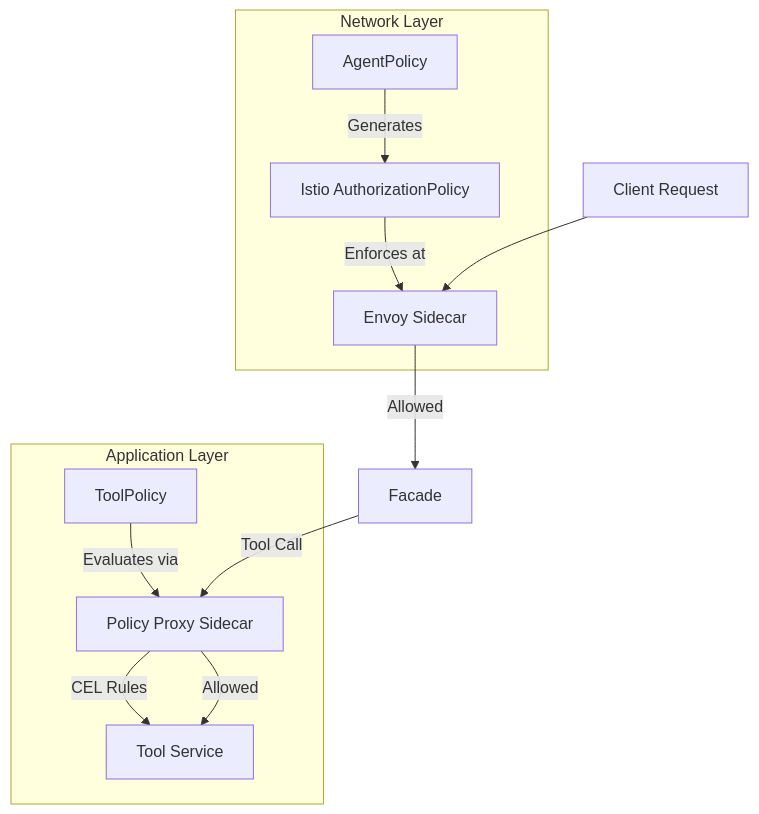
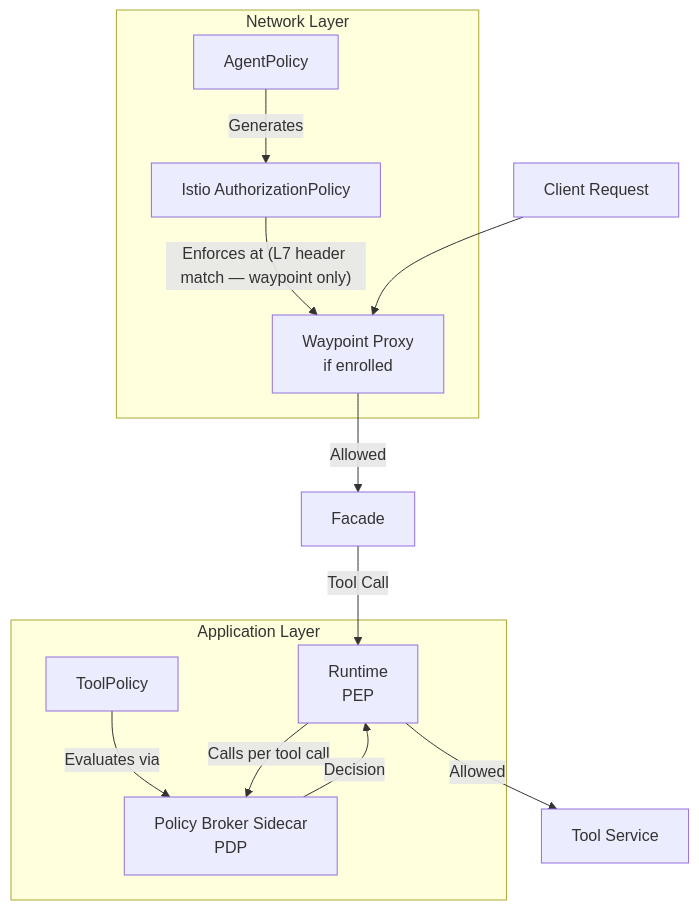
One commit to AltairaLabs/Omnia changed the first of 3 diagrams in docs/src/content/docs/explanation/security/policy-engine.md. Above: the diagram before and after it, drawn with Mermaid. The commit also changed other lines of this file and 10 other files, not shown here.

First line of the commit message:
docs: accuracy pass on policy/tool-auth docs (verify claims vs merged code) (#1751)

````diff
--- a/docs/src/content/docs/explanation/security/policy-engine.md
+++ b/docs/src/content/docs/explanation/security/policy-engine.md
@@ -26,17 +26,18 @@
 ```mermaid
 graph TB
     subgraph "Network Layer"
         AP[AgentPolicy] -->|Generates| IAP[Istio AuthorizationPolicy]
-        IAP -->|Enforces at| SIDECAR[Envoy Sidecar]
+        IAP -->|"Enforces at (L7 header match — waypoint only)"| WAYPOINT[Waypoint Proxy<br/>if enrolled]
     end
 
     subgraph "Application Layer"
-        TP[ToolPolicy] -->|Evaluates via| PROXY[Policy Proxy Sidecar]
-        PROXY -->|CEL Rules| UPSTREAM[Tool Service]
+        TP[ToolPolicy] -->|Evaluates via| BROKER[Policy Broker Sidecar<br/>PDP]
+        RUNTIME[Runtime<br/>PEP] -->|Calls per tool call| BROKER
+        BROKER -->|Decision| RUNTIME
     end
 
-    CLIENT[Client Request] --> SIDECAR
-    SIDECAR -->|Allowed| FACADE[Facade]
-    FACADE -->|Tool Call| PROXY
-    PROXY -->|Allowed| UPSTREAM
+    CLIENT[Client Request] --> WAYPOINT
+    WAYPOINT -->|Allowed| FACADE[Facade]
+    FACADE -->|Tool Call| RUNTIME
+    RUNTIME -->|Allowed| UPSTREAM[Tool Service]
 ```
````
